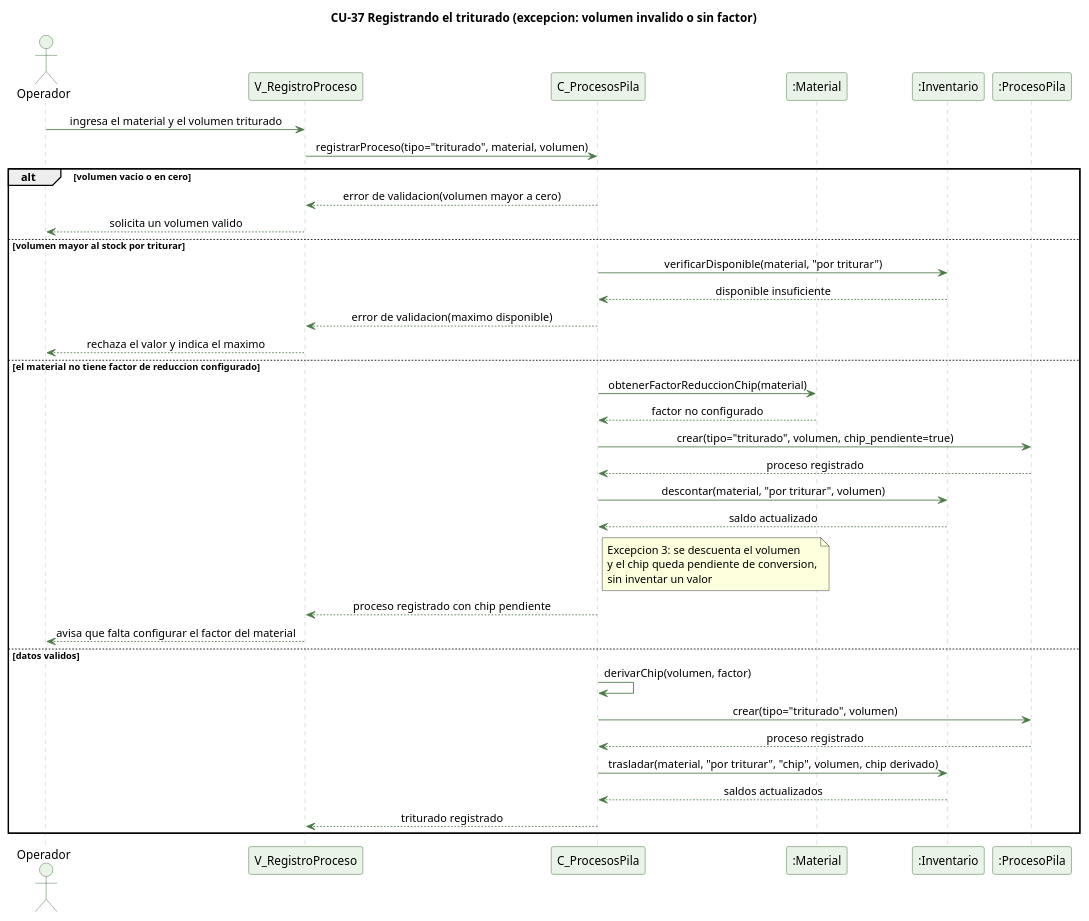
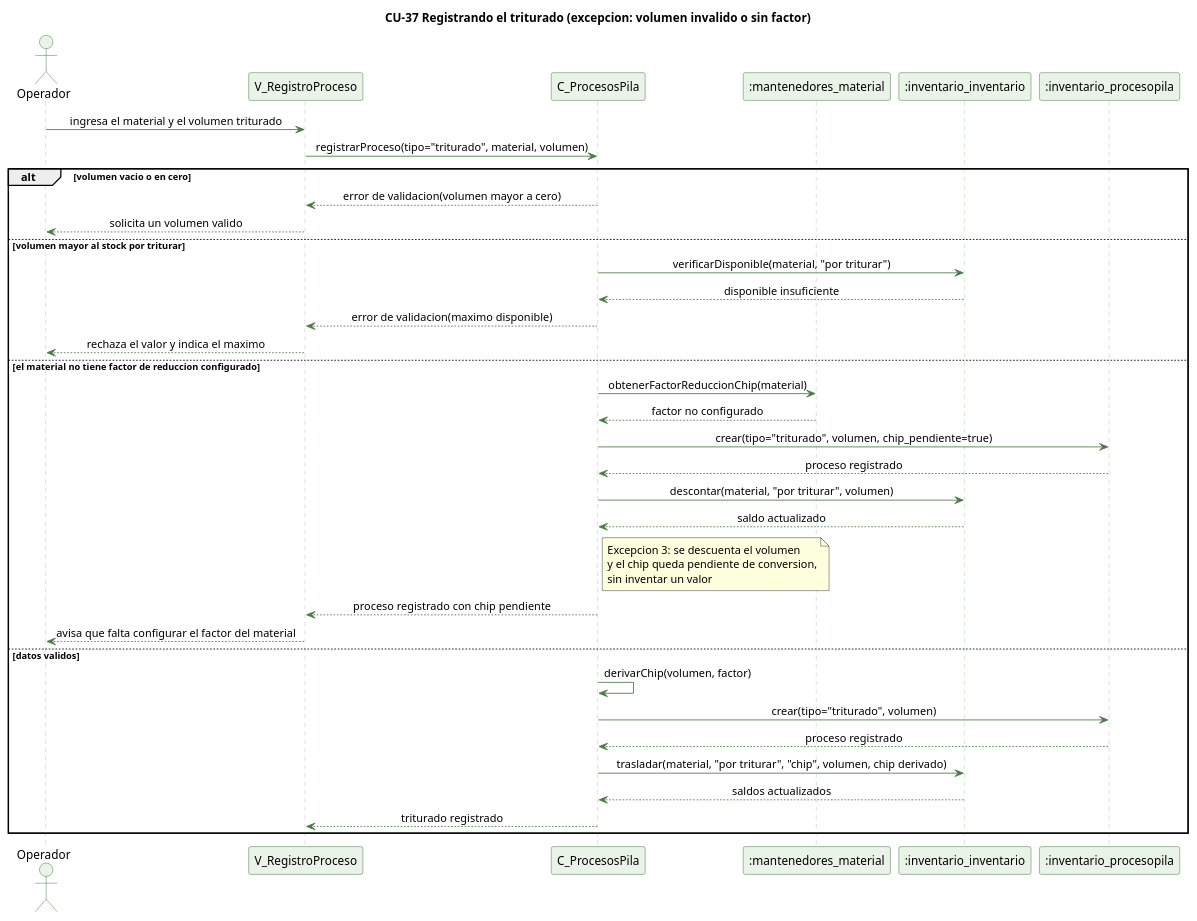
One commit to kenjikaese/Triverde changed the diagram in docs/trabajo-grupal/diagramas/secuencias/cu37-triturado-excepcion.puml. Above: the diagram before and after it, drawn with PlantUML. The commit also changed 215 other files, not shown here.

```diff
--- a/docs/trabajo-grupal/diagramas/secuencias/cu37-triturado-excepcion.puml
+++ b/docs/trabajo-grupal/diagramas/secuencias/cu37-triturado-excepcion.puml
@@ -1,52 +1,52 @@
 @startuml cu37-triturado-excepcion
 ' CU-37 Registrando el triturado de un ingreso - flujo de excepcion
 skinparam backgroundColor #FFFFFF
 skinparam shadowing false
 skinparam defaultFontName Helvetica
 skinparam sequenceMessageAlign center
 skinparam ParticipantBackgroundColor #EAF3E7
 skinparam ParticipantBorderColor #2E5E2A
 skinparam ActorBackgroundColor #EAF3E7
 skinparam ActorBorderColor #2E5E2A
 skinparam sequenceLifeLineBorderColor #9CC49A
 skinparam ArrowColor #4B7A46
 
 title CU-37 Registrando el triturado (excepcion: volumen invalido o sin factor)
 
 actor Operador
 participant "V_RegistroProceso" as V
 participant "C_ProcesosPila" as C
-participant ":Material" as M
-participant ":Inventario" as I
-participant ":ProcesoPila" as PP
+participant ":mantenedores_material" as M
+participant ":inventario_inventario" as I
+participant ":inventario_procesopila" as PP
 
 Operador -> V : ingresa el material y el volumen triturado
 V -> C : registrarProceso(tipo="triturado", material, volumen)
 alt volumen vacio o en cero
   C --> V : error de validacion(volumen mayor a cero)
   V --> Operador : solicita un volumen valido
 else volumen mayor al stock por triturar
   C -> I : verificarDisponible(material, "por triturar")
   I --> C : disponible insuficiente
   C --> V : error de validacion(maximo disponible)
   V --> Operador : rechaza el valor y indica el maximo
 else el material no tiene factor de reduccion configurado
   C -> M : obtenerFactorReduccionChip(material)
   M --> C : factor no configurado
   C -> PP : crear(tipo="triturado", volumen, chip_pendiente=true)
   PP --> C : proceso registrado
   C -> I : descontar(material, "por triturar", volumen)
   I --> C : saldo actualizado
   note right of C : Excepcion 3: se descuenta el volumen\ny el chip queda pendiente de conversion,\nsin inventar un valor
   C --> V : proceso registrado con chip pendiente
   V --> Operador : avisa que falta configurar el factor del material
 else datos validos
   C -> C : derivarChip(volumen, factor)
   C -> PP : crear(tipo="triturado", volumen)
   PP --> C : proceso registrado
   C -> I : trasladar(material, "por triturar", "chip", volumen, chip derivado)
   I --> C : saldos actualizados
   C --> V : triturado registrado
 end
 
 @enduml
```
